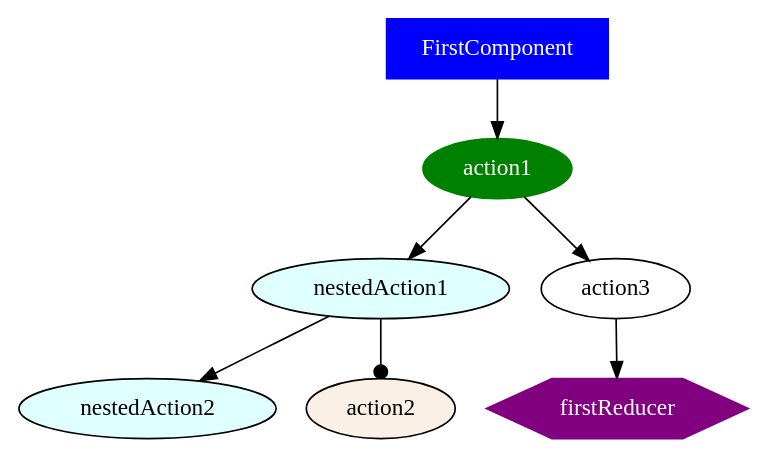
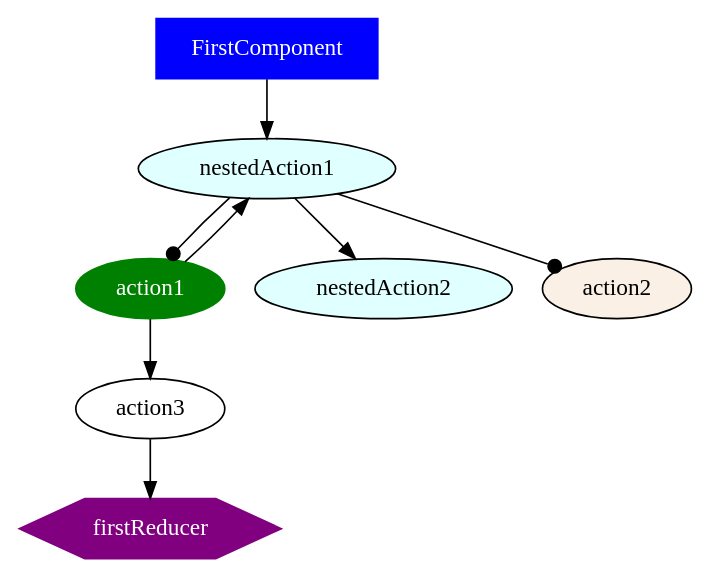
One commit to ammarnajjar/ngrx-graph changed the diagram in docs/examples/case2/action1.dot. Above: the diagram before and after it, drawn with Graphviz. The commit also changed 6 other files, not shown here.

Commit message:
refactor action flow and update nested actions in case2 examples

```diff
--- a/docs/examples/case2/action1.dot
+++ b/docs/examples/case2/action1.dot
@@ -1,14 +1,16 @@
 digraph {
 FirstComponent [shape="box", color=blue, fillcolor=blue, fontcolor=white, style=filled]
+nestedAction1 [color=black, fillcolor=lightcyan, fontcolor=black, style=filled]
+FirstComponent -> nestedAction1
 action1 [color=green, fillcolor=green, fontcolor=white, style=filled]
-FirstComponent -> action1
-nestedAction1 [color=black, fillcolor=lightcyan, fontcolor=black, style=filled]
 action1 -> nestedAction1
 action1 -> action3
 nestedAction2 [color=black, fillcolor=lightcyan, fontcolor=black, style=filled]
 nestedAction1 -> nestedAction2
+action1 [color=green, fillcolor=green, fontcolor=white, style=filled]
+nestedAction1 -> action1 [arrowhead=dot]
 action2 [fillcolor=linen, style=filled]
 nestedAction1 -> action2 [arrowhead=dot]
 firstReducer [shape="hexagon", color=purple, fillcolor=purple, fontcolor=white, style=filled]
 action3 -> firstReducer
 }
```
